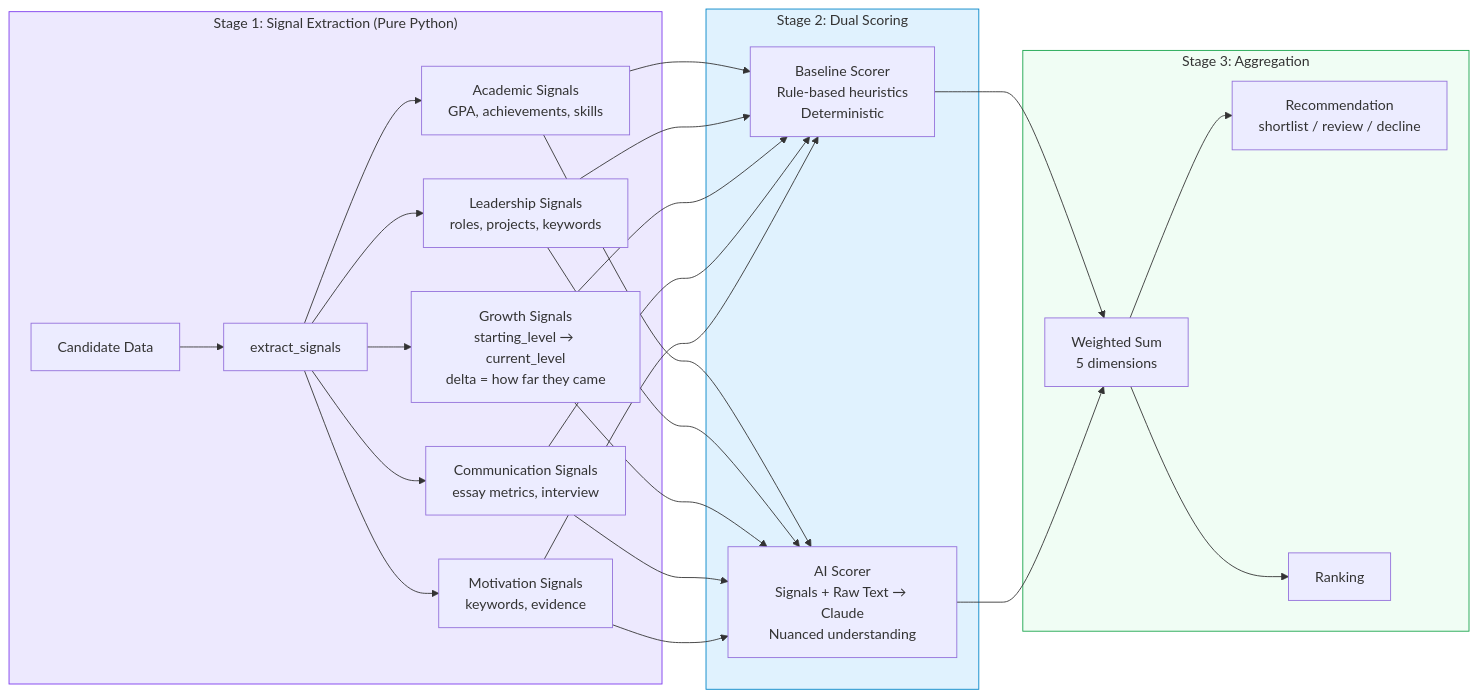
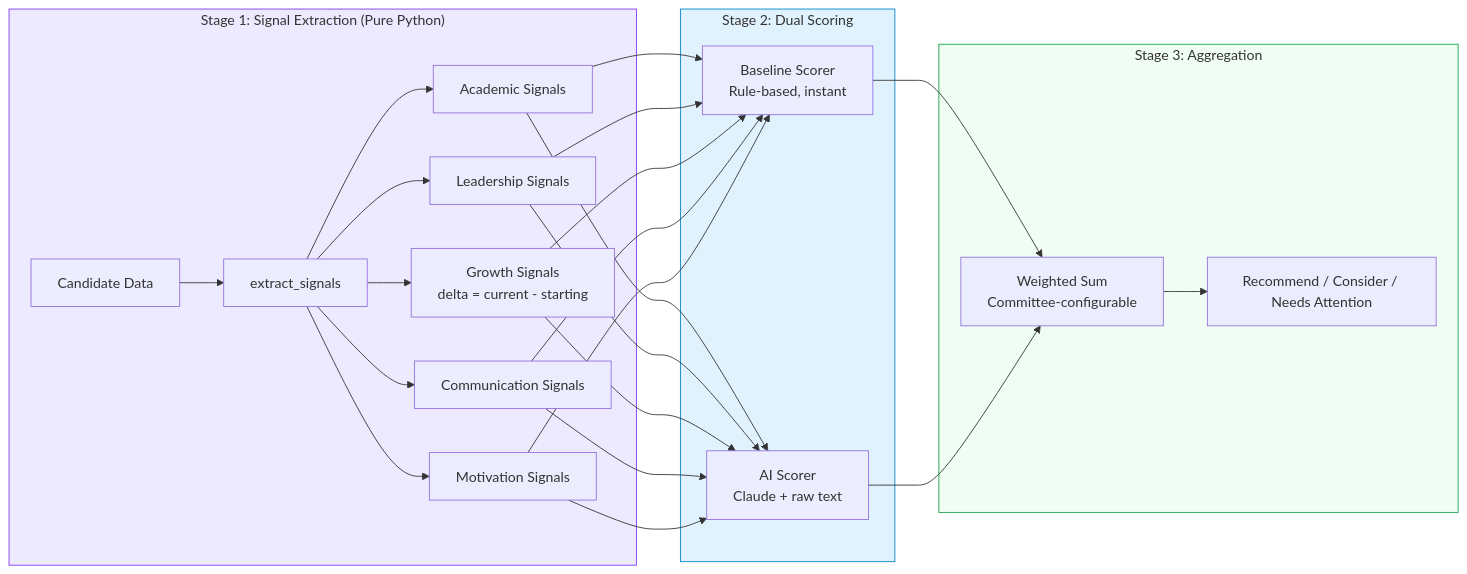
The third of 7 diagrams in docs/architecture.md (BAITC-Hacks/hack-22e92cd7-winchesters), drawn with Mermaid before and after one commit. The commit also changed other lines of this file and 2 other files, not shown here.

Commit message:
rewrite README and update architecture diagram

````diff
--- a/docs/architecture.md
+++ b/docs/architecture.md
@@ -64,27 +104,26 @@
 ```mermaid
 flowchart LR
     subgraph Stage1["Stage 1: Signal Extraction (Pure Python)"]
         C[Candidate Data] --> EX[extract_signals]
-        EX --> AC[Academic Signals<br/>GPA, achievements, skills]
-        EX --> LD[Leadership Signals<br/>roles, projects, keywords]
-        EX --> GR[Growth Signals<br/>starting_level → current_level<br/>delta = how far they came]
-        EX --> CM[Communication Signals<br/>essay metrics, interview]
-        EX --> MO[Motivation Signals<br/>keywords, evidence]
+        EX --> AC[Academic Signals]
+        EX --> LD[Leadership Signals]
+        EX --> GR[Growth Signals<br/>delta = current - starting]
+        EX --> CM[Communication Signals]
+        EX --> MO[Motivation Signals]
     end
 
     subgraph Stage2["Stage 2: Dual Scoring"]
-        AC & LD & GR & CM & MO --> BAS[Baseline Scorer<br/>Rule-based heuristics<br/>Deterministic]
-        AC & LD & GR & CM & MO --> AIS[AI Scorer<br/>Signals + Raw Text → Claude<br/>Nuanced understanding]
+        AC & LD & GR & CM & MO --> BAS[Baseline Scorer<br/>Rule-based, instant]
+        AC & LD & GR & CM & MO --> AIS[AI Scorer<br/>Claude + raw text]
     end
 
     subgraph Stage3["Stage 3: Aggregation"]
-        BAS --> W[Weighted Sum<br/>5 dimensions]
+        BAS --> W[Weighted Sum<br/>Committee-configurable]
         AIS --> W
-        W --> REC[Recommendation<br/>shortlist / review / decline]
-        W --> RNK[Ranking]
+        W --> REC[Recommend / Consider / Needs Attention]
     end
 
     style Stage1 fill:#ede9fe,stroke:#7c3aed
     style Stage2 fill:#e0f2fe,stroke:#0284c7
     style Stage3 fill:#f0fdf4,stroke:#16a34a
 ```
````
